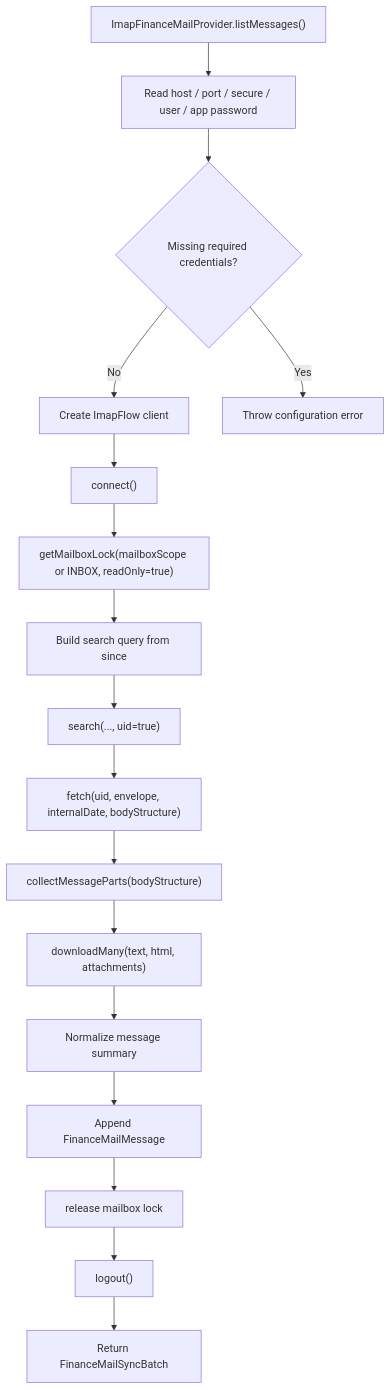
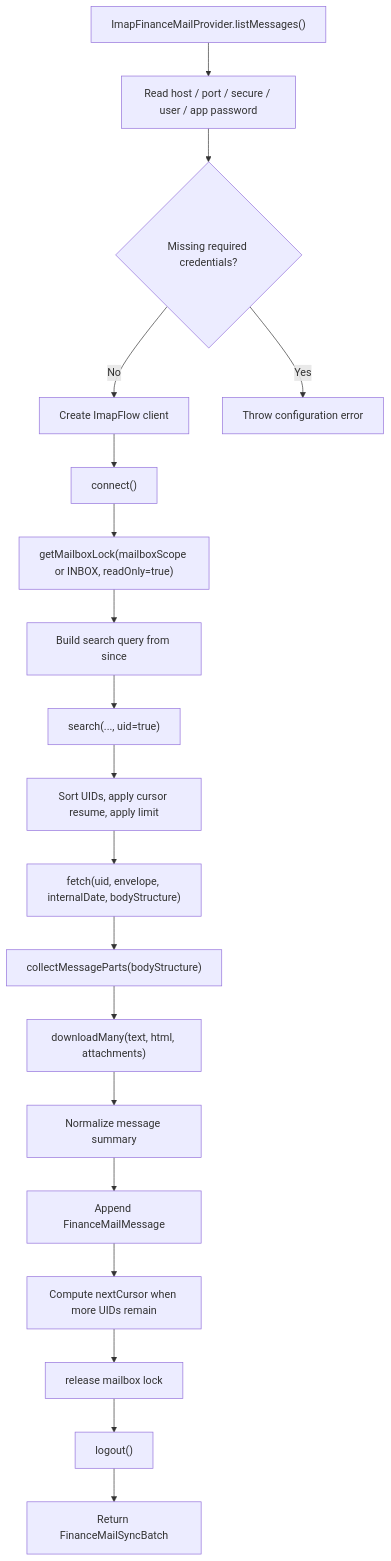
Before and after one commit to Xoanis/obsidian-expense-manager: the fourth of 15 diagrams in docs/email-finance-intake-architecture.md, drawn with Mermaid. The commit also changed other lines of this file and 2 other files, not shown here.

````diff
--- a/docs/email-finance-intake-architecture.md
+++ b/docs/email-finance-intake-architecture.md
@@ -155,23 +177,25 @@
 ```mermaid
 flowchart TD
     A["ImapFinanceMailProvider.listMessages()"]
     B["Read host / port / secure / user / app password"]
     C{"Missing required credentials?"}
     D["Create ImapFlow client"]
     E["connect()"]
     F["getMailboxLock(mailboxScope or INBOX, readOnly=true)"]
     G["Build search query from since"]
     H["search(..., uid=true)"]
-    I["fetch(uid, envelope, internalDate, bodyStructure)"]
-    J["collectMessageParts(bodyStructure)"]
-    K["downloadMany(text, html, attachments)"]
-    L["Normalize message summary"]
-    M["Append FinanceMailMessage"]
-    N["release mailbox lock"]
-    O["logout()"]
-    P["Return FinanceMailSyncBatch"]
+    I["Sort UIDs, apply cursor resume, apply limit"]
+    J["fetch(uid, envelope, internalDate, bodyStructure)"]
+    K["collectMessageParts(bodyStructure)"]
+    L["downloadMany(text, html, attachments)"]
+    M["Normalize message summary"]
+    N["Append FinanceMailMessage"]
+    O["Compute nextCursor when more UIDs remain"]
+    P["release mailbox lock"]
+    Q["logout()"]
+    R["Return FinanceMailSyncBatch"]
 
     A --> B --> C
     C -->|"Yes"| X["Throw configuration error"]
-    C -->|"No"| D --> E --> F --> G --> H --> I --> J --> K --> L --> M --> N --> O --> P
+    C -->|"No"| D --> E --> F --> G --> H --> I --> J --> K --> L --> M --> N --> O --> P --> Q --> R
 ```
````
